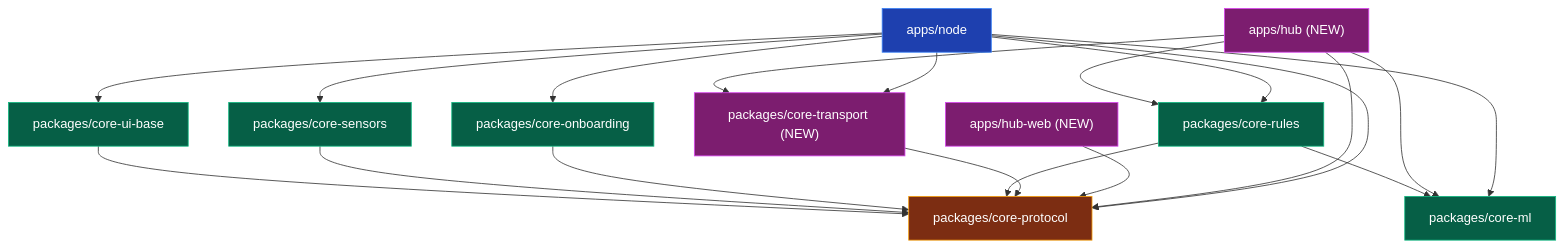
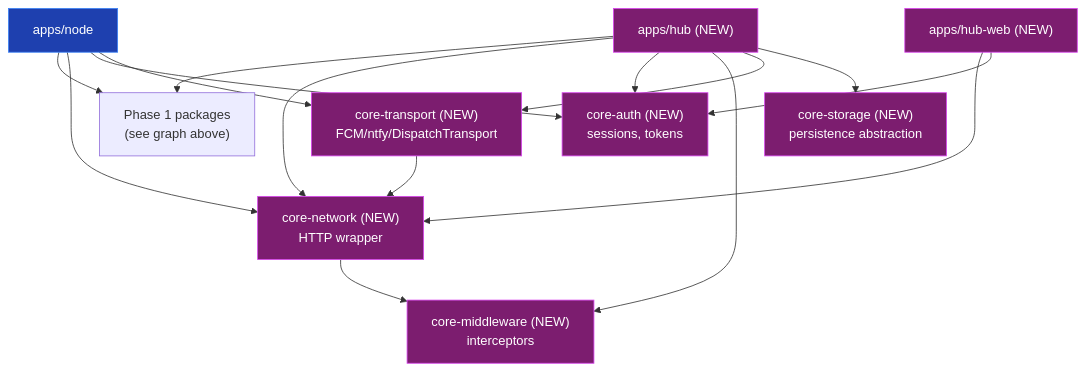
Before and after one commit to DigitalGnosis/atalaya: the second of 2 diagrams in docs/MODULE-MAP.md, drawn with Mermaid. The commit also changed other lines of this file and 7 other files, not shown here.

First line of the commit message:
docs(phase-1): add core-ui-theme, core-ui-components, core-observability + Phase 2 module preview

````diff
--- a/docs/MODULE-MAP.md
+++ b/docs/MODULE-MAP.md
@@ -41,41 +58,34 @@
 ```mermaid
 graph TD
     classDef app fill:#1e40af,stroke:#3b82f6,color:#fff
-    classDef pkg fill:#065f46,stroke:#10b981,color:#fff
-    classDef leaf fill:#7c2d12,stroke:#f59e0b,color:#fff
     classDef new fill:#7c1d6f,stroke:#d946ef,color:#fff
 
     Node["apps/node"]:::app
     Hub["apps/hub (NEW)"]:::new
     Web["apps/hub-web (NEW)"]:::new
 
-    Onboarding["packages/core-onboarding"]:::pkg
-    Rules["packages/core-rules"]:::pkg
-    ML["packages/core-ml"]:::pkg
-    Sensors["packages/core-sensors"]:::pkg
-    UIBase["packages/core-ui-base"]:::pkg
-    Protocol["packages/core-protocol"]:::leaf
-    Transport["packages/core-transport (NEW)"]:::new
+    P1["Phase 1 packages<br/>(see graph above)"]
+    Network["core-network (NEW)<br/>HTTP wrapper"]:::new
+    Auth["core-auth (NEW)<br/>sessions, tokens"]:::new
+    Middleware["core-middleware (NEW)<br/>interceptors"]:::new
+    Transport["core-transport (NEW)<br/>FCM/ntfy/DispatchTransport"]:::new
+    Storage["core-storage (NEW)<br/>persistence abstraction"]:::new
 
-    Node --> Onboarding
-    Node --> Rules
-    Node --> ML
-    Node --> Sensors
-    Node --> UIBase
+    Node --> P1
+    Node --> Network
+    Node --> Auth
     Node --> Transport
-    Node --> Protocol
 
-    Hub --> Rules
-    Hub --> ML
+    Hub --> P1
+    Hub --> Network
+    Hub --> Auth
+    Hub --> Middleware
     Hub --> Transport
-    Hub --> Protocol
+    Hub --> Storage
 
-    Web --> Protocol
+    Web --> Network
+    Web --> Auth
 
-    Transport --> Protocol
-    Rules --> Protocol
-    Rules --> ML
-    Onboarding --> Protocol
-    Sensors --> Protocol
-    UIBase --> Protocol
+    Network --> Middleware
+    Transport --> Network
 ```
````
